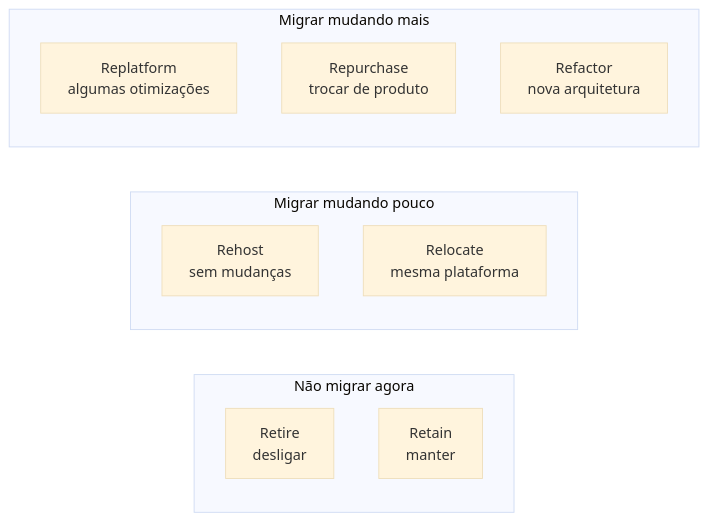
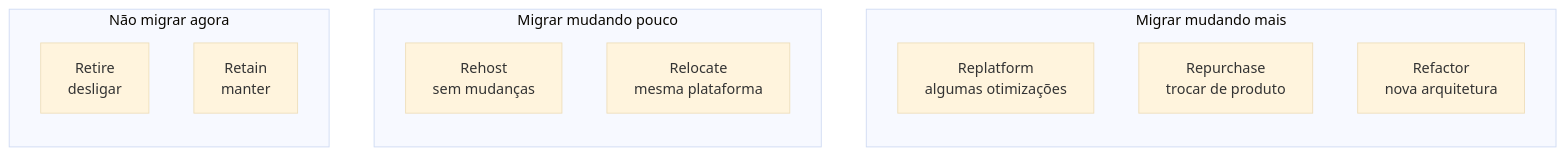
The diagram in docs/01-conceitos-de-nuvem/06-estrategias-de-migracao.md (tuanyfortunato/aws-cloud-practitioner), drawn with Mermaid (base theme) before and after one commit. The commit also changed 7 other files, not shown here.

````diff
--- a/docs/01-conceitos-de-nuvem/06-estrategias-de-migracao.md
+++ b/docs/01-conceitos-de-nuvem/06-estrategias-de-migracao.md
@@ -33,16 +33,17 @@
 ```mermaid
 flowchart LR
     subgraph NAO["Não migrar agora"]
         R1["Retire<br/>desligar"]
         R2["Retain<br/>manter"]
     end
     subgraph POUCO["Migrar mudando pouco"]
         R3["Rehost<br/>sem mudanças"]
         R4["Relocate<br/>mesma plataforma"]
     end
     subgraph MAIS["Migrar mudando mais"]
         R5["Replatform<br/>algumas otimizações"]
         R6["Repurchase<br/>trocar de produto"]
         R7["Refactor<br/>nova arquitetura"]
     end
+    NAO ~~~ POUCO ~~~ MAIS
 ```
````
